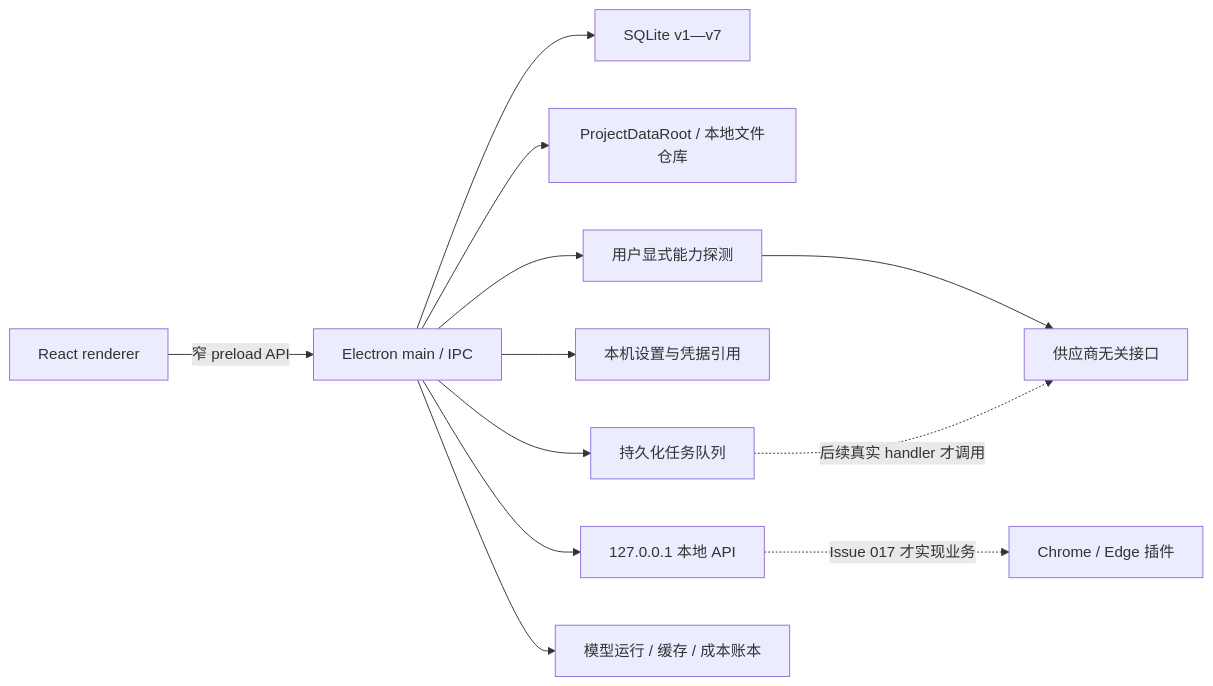
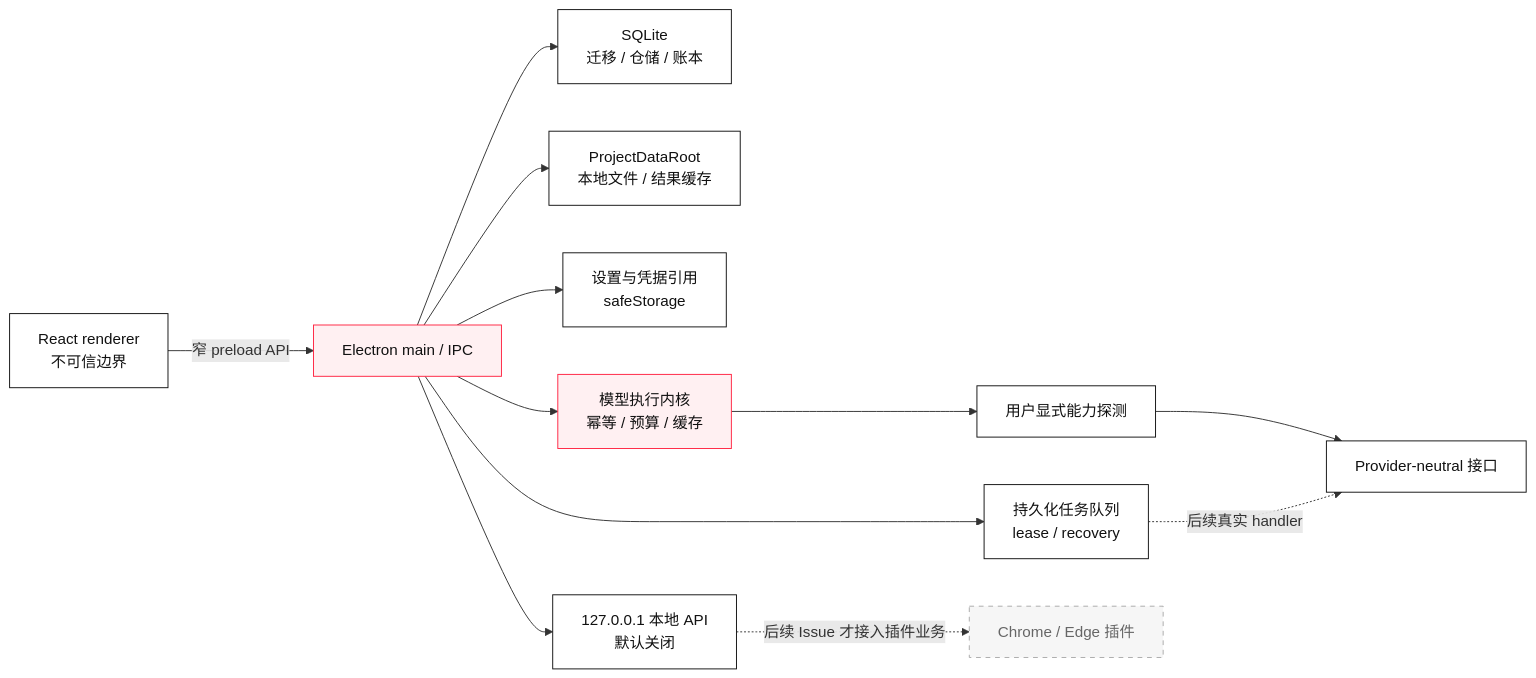
Before and after one commit to KAtOReNA7/Rednote-Automated-Operation-Tool: the second of 2 diagrams in README.md, drawn with Mermaid. The commit also changed other lines of this file and 1 other file, not shown here.

Commit message:
docs(readme): redesign project overview

````diff
--- a/README.md
+++ b/README.md
@@ -136,14 +140,22 @@
 ```mermaid
 flowchart LR
-    UI["React renderer"] -->|"窄 preload API"| IPC["Electron main / IPC"]
-    IPC --> DB["SQLite v1—v7"]
-    IPC --> FS["ProjectDataRoot / 本地文件仓库"]
-    IPC --> Queue["持久化任务队列"]
-    IPC --> Settings["本机设置与凭据引用"]
-    IPC --> API["127.0.0.1 本地 API"]
-    IPC --> Probe["用户显式能力探测"]
-    IPC --> Accounting["模型运行 / 缓存 / 成本账本"]
-    Probe --> Providers["供应商无关接口"]
-    API -. "Issue 017 才实现业务" .-> Clipper["Chrome / Edge 插件"]
-    Queue -. "后续真实 handler 才调用" .-> Providers
+    UI["React renderer<br/>不可信边界"] -->|"窄 preload API"| MAIN["Electron main / IPC"]
+    MAIN --> DB["SQLite<br/>迁移 / 仓储 / 账本"]
+    MAIN --> FS["ProjectDataRoot<br/>本地文件 / 结果缓存"]
+    MAIN --> QUEUE["持久化任务队列<br/>lease / recovery"]
+    MAIN --> SETTINGS["设置与凭据引用<br/>safeStorage"]
+    MAIN --> API["127.0.0.1 本地 API<br/>默认关闭"]
+    MAIN --> EXEC["模型执行内核<br/>幂等 / 预算 / 缓存"]
+    EXEC --> PROBE["用户显式能力探测"]
+    PROBE --> PROVIDERS["Provider-neutral 接口"]
+
+    API -. "后续 Issue 才接入插件业务" .-> CLIPPER["Chrome / Edge 插件"]
+    QUEUE -. "后续真实 handler" .-> PROVIDERS
+
+    classDef core fill:#fff0f2,stroke:#ff2442,color:#111;
+    classDef safe fill:#fff,stroke:#111,color:#111;
+    classDef future fill:#f6f6f6,stroke:#aaa,color:#666,stroke-dasharray:5 5;
+    class MAIN,EXEC core;
+    class UI,DB,FS,QUEUE,SETTINGS,API,PROBE,PROVIDERS safe;
+    class CLIPPER future;
 ```
````
